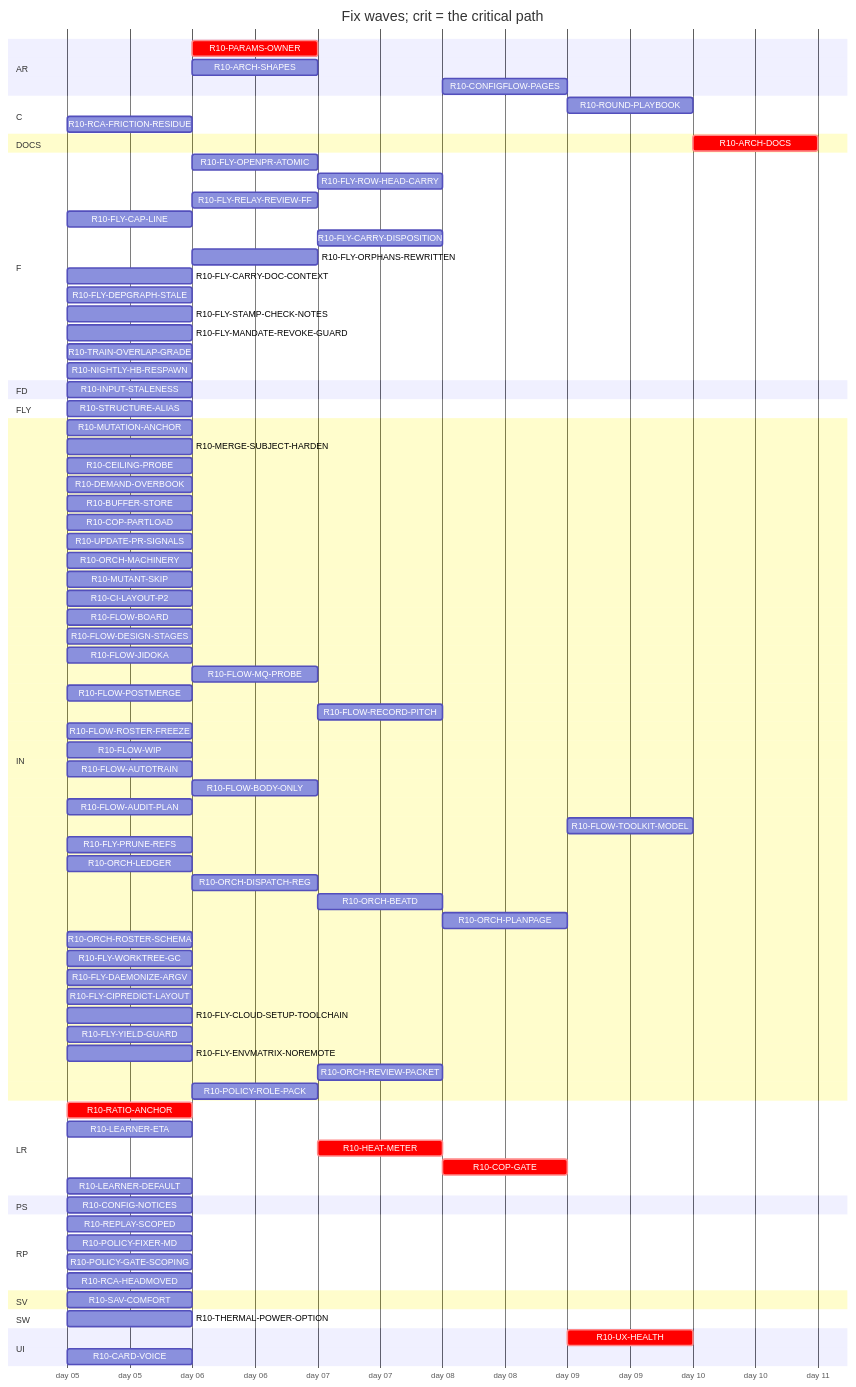
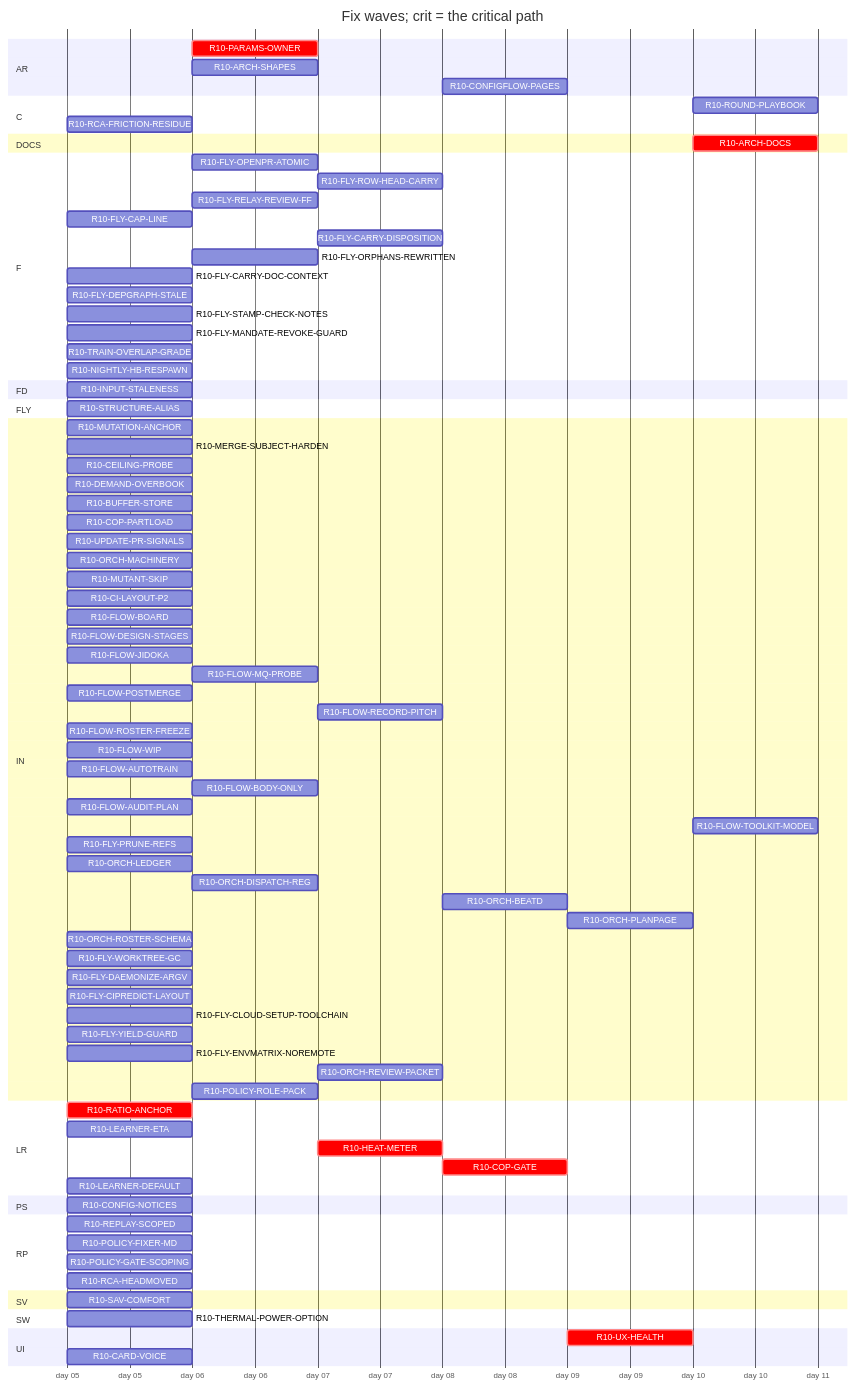
The diagram in handoff/round10/state/PLAN-TABLE.md (tvofi/heatpump_optimizer), drawn with Mermaid before and after one commit. The commit also changed other lines of this file, not shown here.

```diff
--- a/handoff/round10/state/PLAN-TABLE.md
+++ b/handoff/round10/state/PLAN-TABLE.md
@@ -33,7 +33,7 @@
     R10-ARCH-SHAPES :r10ARCHSHAPES, after r10INPUTSTALENESS, 1d
     R10-CONFIGFLOW-PAGES :r10CONFIGFLOWPAGES, after r10HEATMETER, 1d
   section C
-    R10-ROUND-PLAYBOOK :r10ROUNDPLAYBOOK, after r10FLOWAUDITPLAN r10ORCHLEDGER r10ORCHDISPATCHREG r10ORCHBEATD r10ORCHPLANPAGE r10FLOWAUTOTRAIN r10CILAYOUTP2, 1d
+    R10-ROUND-PLAYBOOK :r10ROUNDPLAYBOOK, after r10FLOWAUDITPLAN r10ORCHLEDGER r10ORCHDISPATCHREG r10ORCHBEATD r10ORCHPLANPAGE r10FLOWAUTOTRAIN r10CILAYOUTP2 r10FLYRELAYREVIEWFF r10FLOWROSTERFREEZE r10FLOWBODYONLY, 1d
     R10-RCA-FRICTION-RESIDUE :r10RCAFRICTIONRESIDUE, 2026-01-05, 1d
   section DOCS
     R10-ARCH-DOCS :crit, r10ARCHDOCS, after r10RATIOANCHOR r10INPUTSTALENESS r10CONFIGNOTICES r10PARAMSOWNER r10ARCHSHAPES r10LEARNERETA r10HEATMETER r10COPGATE r10UXHEALTH r10CONFIGFLOWPAGES r10REPLAYSCOPED, 1d
@@ -80,7 +80,7 @@
     R10-FLY-PRUNE-REFS :r10FLYPRUNEREFS, 2026-01-05, 1d
     R10-ORCH-LEDGER :r10ORCHLEDGER, 2026-01-05, 1d
     R10-ORCH-DISPATCH-REG :r10ORCHDISPATCHREG, after r10ORCHLEDGER, 1d
-    R10-ORCH-BEATD :r10ORCHBEATD, after r10ORCHDISPATCHREG, 1d
+    R10-ORCH-BEATD :r10ORCHBEATD, after r10ORCHDISPATCHREG r10POLICYFIXERMD r10ORCHREVIEWPACKET, 1d
     R10-ORCH-PLANPAGE :r10ORCHPLANPAGE, after r10ORCHBEATD, 1d
     R10-ORCH-ROSTER-SCHEMA :r10ORCHROSTERSCHEMA, 2026-01-05, 1d
     R10-FLY-WORKTREE-GC :r10FLYWORKTREEGC, 2026-01-05, 1d
```
